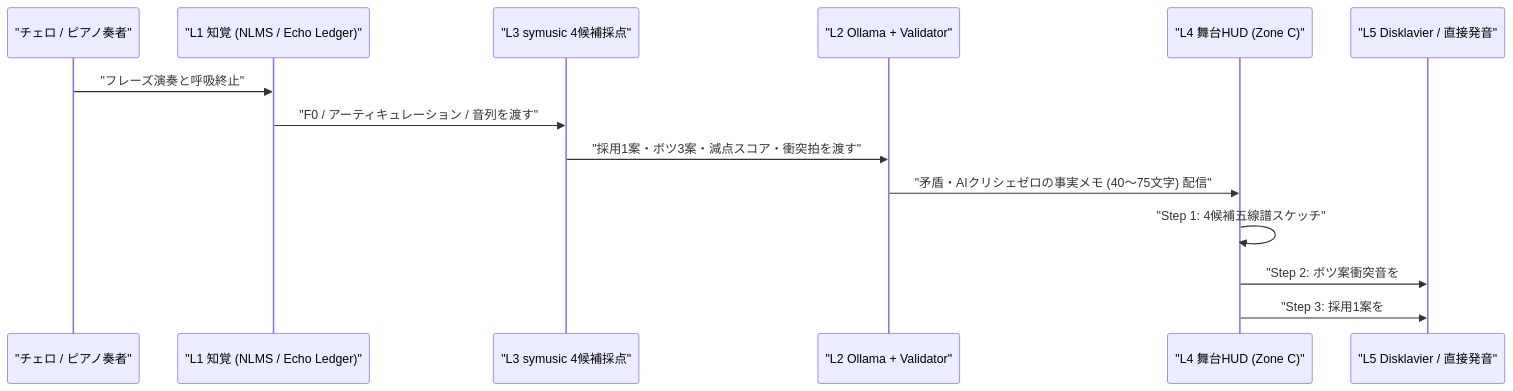
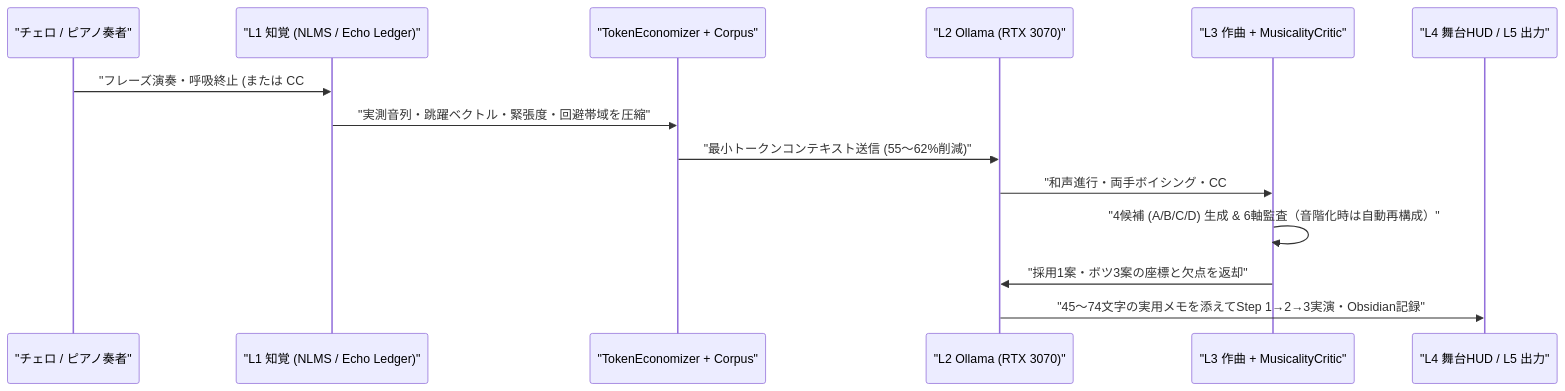
One commit to AI-Avalon/Disklavier-Auto changed the second of 4 diagrams in README.md. Above: the diagram before and after it, drawn with Mermaid. The commit also changed other lines of this file and 57 other files, not shown here.

Commit message:
feat(stage): 自律音楽思考エンジン、TokenEconomizer、MusicalityCritic 6軸監査、両ペダル連続物理模擬、デモMIDI＆実画面スクショ＆Docs完全整備

````diff
--- a/README.md
+++ b/README.md
@@ -75,17 +63,17 @@
 ```mermaid
 sequenceDiagram
     participant Human as "チェロ / ピアノ奏者"
     participant L1 as "L1 知覚 (NLMS / Echo Ledger)"
-    participant L3 as "L3 symusic 4候補採点"
-    participant L2 as "L2 Ollama + Validator"
-    participant L4 as "L4 舞台HUD (Zone C)"
-    participant L5 as "L5 Disklavier / 直接発音"
+    participant Econ as "TokenEconomizer + Corpus"
+    participant L2 as "L2 Ollama (RTX 3070)"
+    participant L3 as "L3 作曲 + MusicalityCritic"
+    participant L45 as "L4 舞台HUD / L5 出力"
 
-    Human->>L1: "フレーズ演奏と呼吸終止"
-    L1->>L3: "F0 / アーティキュレーション / 音列を渡す"
-    L3->>L2: "採用1案・ボツ3案・減点スコア・衝突拍を渡す"
-    L2->>L4: "矛盾・AIクリシェゼロの事実メモ (40〜75文字) 配信"
-    L4->>L4: "Step 1: 4候補五線譜スケッチ"
-    L4->>L5: "Step 2: ボツ案衝突音を#C83E2B強調＆赤線棄却 (デモ時はpp試奏)"
-    L4->>L5: "Step 3: 採用1案を#EAE6DFロックし打鍵同期発光"
+    Human->>L1: "フレーズ演奏・呼吸終止 (または CC#67 合図)"
+    L1->>Econ: "実測音列・跳躍ベクトル・緊張度・回避帯域を圧縮"
+    Econ->>L2: "最小トークンコンテキスト送信 (55〜62%削減)"
+    L2->>L3: "和声進行・両手ボイシング・CC#64/67方針を出力"
+    L3->>L3: "4候補 (A/B/C/D) 生成 & 6軸監査（音階化時は自動再構成）"
+    L3->>L2: "採用1案・ボツ3案の座標と欠点を返却"
+    L2->>L45: "45〜74文字の実用メモを添えてStep 1→2→3実演・Obsidian記録"
 ```
````
